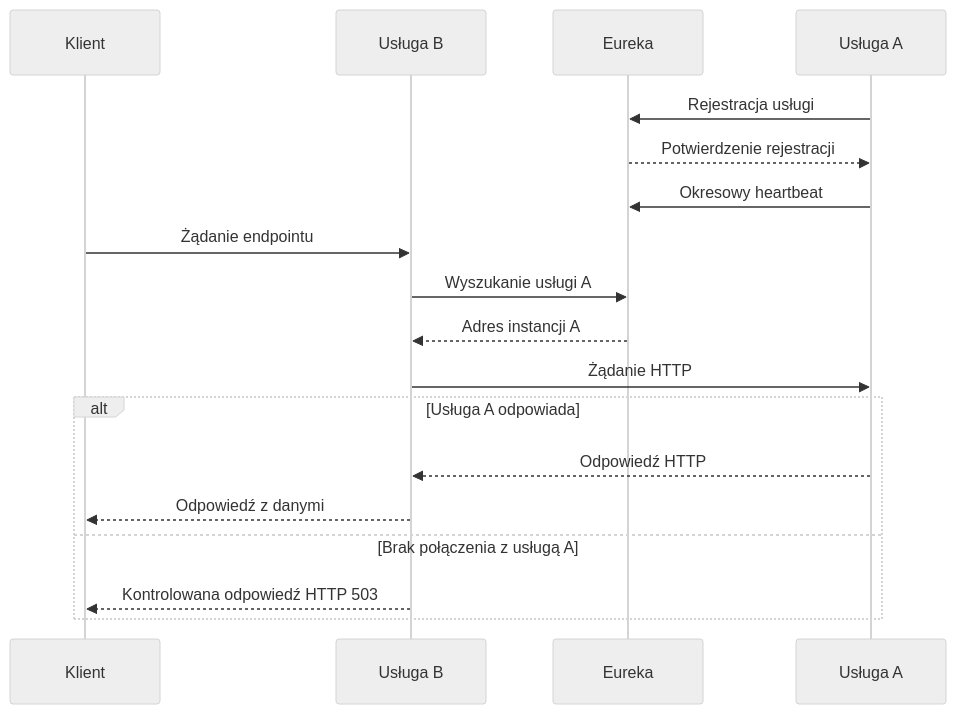
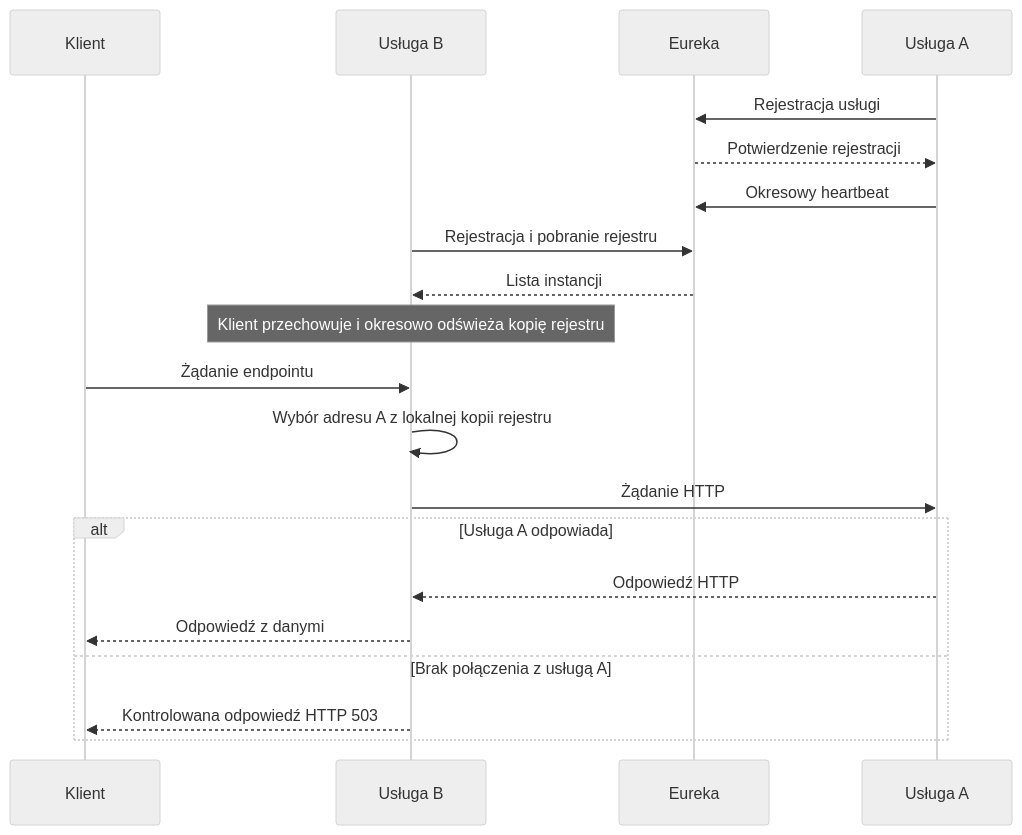
The second of 2 diagrams in 2026_2027/lab3/README.md (wgalka/PAWOoM), drawn with Mermaid (neutral theme) before and after one commit. The commit also changed other lines of this file and 7 other files, not shown here.

```diff
--- a/2026_2027/lab3/README.md
+++ b/2026_2027/lab3/README.md
@@ -61,22 +89,24 @@
 <pre class="mermaid">
 sequenceDiagram
     participant Client as Klient
     participant ServiceB as Usługa B
     participant Registry as Eureka
     participant ServiceA as Usługa A
 
     ServiceA->>Registry: Rejestracja usługi
     Registry-->>ServiceA: Potwierdzenie rejestracji
     ServiceA->>Registry: Okresowy heartbeat
+    ServiceB->>Registry: Rejestracja i pobranie rejestru
+    Registry-->>ServiceB: Lista instancji
+    Note over ServiceB: Klient przechowuje i okresowo odświeża kopię rejestru
 
     Client->>ServiceB: Żądanie endpointu
-    ServiceB->>Registry: Wyszukanie usługi A
-    Registry-->>ServiceB: Adres instancji A
+    ServiceB->>ServiceB: Wybór adresu A z lokalnej kopii rejestru
     ServiceB->>ServiceA: Żądanie HTTP
     alt Usługa A odpowiada
         ServiceA-->>ServiceB: Odpowiedź HTTP
         ServiceB-->>Client: Odpowiedź z danymi
     else Brak połączenia z usługą A
         ServiceB-->>Client: Kontrolowana odpowiedź HTTP 503
     end
 </pre>
```
